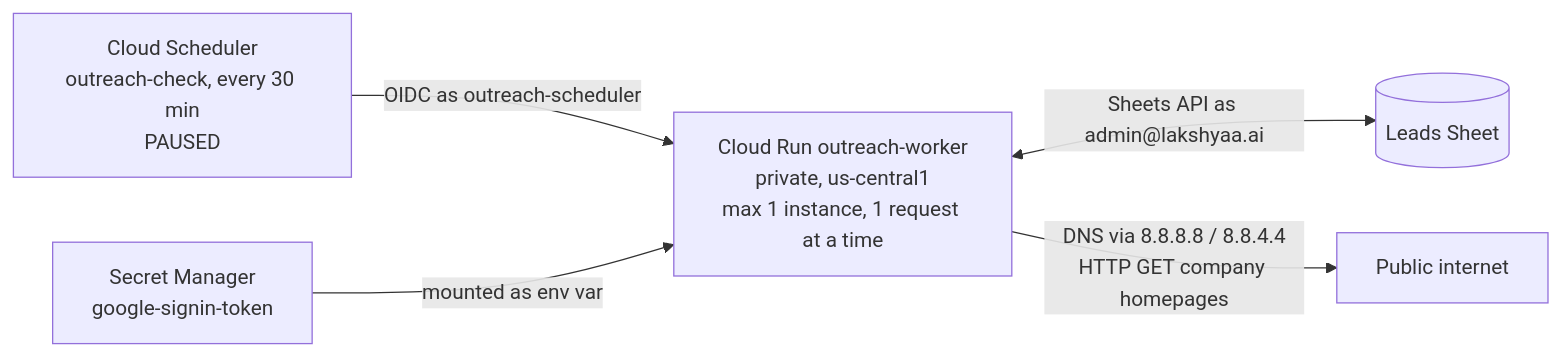
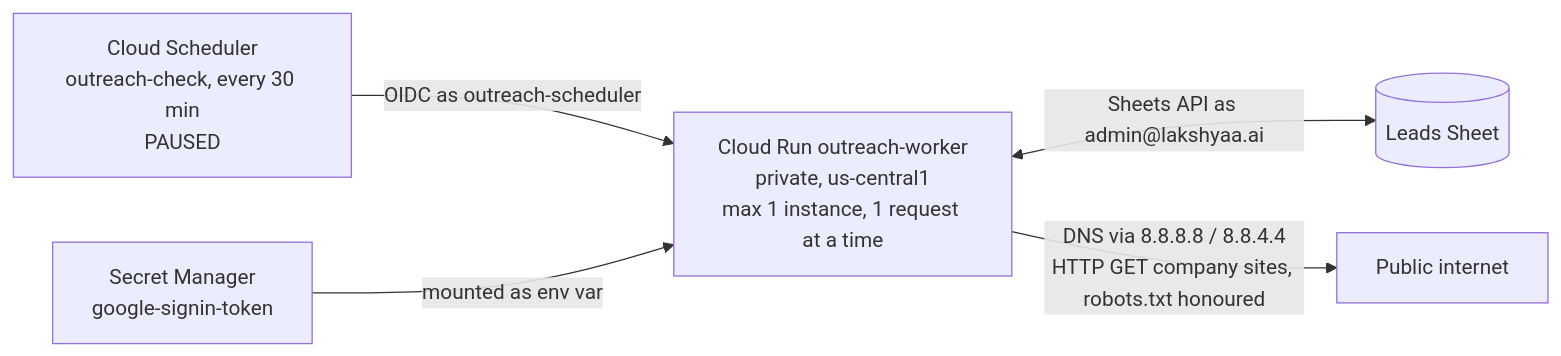
One commit to sivram04/groundtruth-outreach changed the diagram in docs/AS_BUILT.md. Above: the diagram before and after it, drawn with Mermaid. The commit also changed other lines of this file and 8 other files, not shown here.

````diff
--- a/docs/AS_BUILT.md
+++ b/docs/AS_BUILT.md
@@ -22,7 +22,7 @@
 ```mermaid
 flowchart LR
   SCH[Cloud Scheduler<br/>outreach-check, every 30 min<br/>PAUSED] -->|OIDC as outreach-scheduler| W[Cloud Run outreach-worker<br/>private, us-central1<br/>max 1 instance, 1 request at a time]
   SM[Secret Manager<br/>google-signin-token] -->|mounted as env var| W
   W <-->|Sheets API as admin@lakshyaa.ai| S[(Leads Sheet)]
-  W -->|DNS via 8.8.8.8 / 8.8.4.4<br/>HTTP GET company homepages| NET[Public internet]
+  W -->|DNS via 8.8.8.8 / 8.8.4.4<br/>HTTP GET company sites, robots.txt honoured| NET[Public internet]
 ```
````
